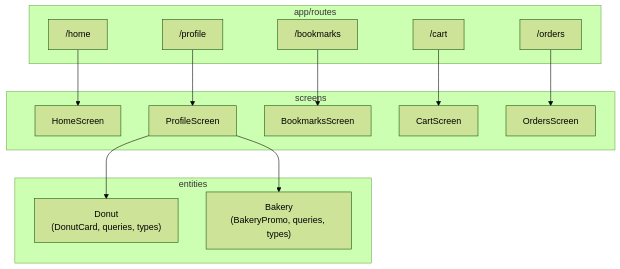
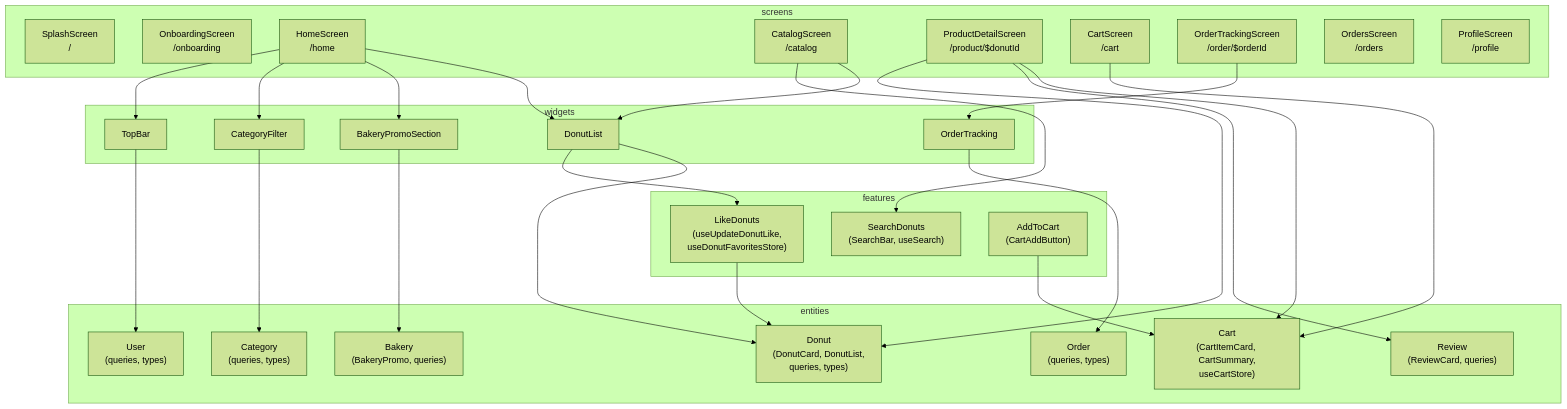
The diagram in docs/architecture-diagram.md (sultan99/lynx-on-ai-steroids), drawn with Mermaid (forest theme) before and after one commit.

Commit message:
📃docs(project): update architecture diagram

````diff
--- a/docs/architecture-diagram.md
+++ b/docs/architecture-diagram.md
@@ -6,32 +6,70 @@
 ```mermaid
 flowchart TD
-  subgraph Routes["app/routes"]
-    R_home["/home"]
-    R_profile["/profile"]
-    R_bookmarks["/bookmarks"]
-    R_cart["/cart"]
-    R_orders["/orders"]
+  subgraph Screens["screens"]
+    S_splash["SplashScreen<br/>/"]
+    S_onboarding["OnboardingScreen<br/>/onboarding"]
+    S_home["HomeScreen<br/>/home"]
+    S_catalog["CatalogScreen<br/>/catalog"]
+    S_product["ProductDetailScreen<br/>/product/$donutId"]
+    S_cart["CartScreen<br/>/cart"]
+    S_orderTracking["OrderTrackingScreen<br/>/order/$orderId"]
+    S_orders["OrdersScreen<br/>/orders"]
+    S_profile["ProfileScreen<br/>/profile"]
   end
 
-  subgraph Screens["screens"]
-    S_home["HomeScreen"]
-    S_profile["ProfileScreen"]
-    S_bookmarks["BookmarksScreen"]
-    S_cart["CartScreen"]
-    S_orders["OrdersScreen"]
+  subgraph Widgets["widgets"]
+    W_topBar["TopBar"]
+    W_categoryFilter["CategoryFilter"]
+    W_bakeryPromo["BakeryPromoSection"]
+    W_donutList["DonutList"]
+    W_orderTracking["OrderTracking"]
+  end
+
+  subgraph Features["features"]
+    F_searchDonuts["SearchDonuts<br/>(SearchBar, useSearch)"]
+    F_likeDonuts["LikeDonuts<br/>(useUpdateDonutLike,<br/>useDonutFavoritesStore)"]
+    F_addToCart["AddToCart<br/>(CartAddButton)"]
   end
 
   subgraph Entities["entities"]
-    E_donut["Donut<br/>(DonutCard, queries, types)"]
-    E_bakery["Bakery<br/>(BakeryPromo, queries, types)"]
+    E_donut["Donut<br/>(DonutCard, DonutList,<br/>queries, types)"]
+    E_cart["Cart<br/>(CartItemCard, CartSummary,<br/>useCartStore)"]
+    E_bakery["Bakery<br/>(BakeryPromo, queries)"]
+    E_category["Category<br/>(queries, types)"]
+    E_order["Order<br/>(queries, types)"]
+    E_review["Review<br/>(ReviewCard, queries)"]
+    E_user["User<br/>(queries, types)"]
   end
 
-  R_home --> S_home
-  R_profile --> S_profile
-  R_bookmarks --> S_bookmarks
-  R_cart --> S_cart
-  R_orders --> S_orders
+  %% Screen → Widget connections
+  S_home --> W_topBar
+  S_home --> W_categoryFilter
+  S_home --> W_bakeryPromo
+  S_home --> W_donutList
 
-  S_profile --> E_donut
-  S_profile --> E_bakery
+  S_catalog --> F_searchDonuts
+  S_catalog --> W_donutList
+
+  S_orderTracking --> W_orderTracking
+
+  %% Screen → Entity connections (direct)
+  S_product --> E_donut
+  S_product --> E_review
+  S_product --> E_cart
+
+  S_cart --> E_cart
+
+  %% Widget → Feature connections
+  W_donutList --> F_likeDonuts
+
+  %% Widget → Entity connections
+  W_topBar --> E_user
+  W_categoryFilter --> E_category
+  W_bakeryPromo --> E_bakery
+  W_donutList --> E_donut
+  W_orderTracking --> E_order
+
+  %% Feature → Entity connections
+  F_likeDonuts --> E_donut
+  F_addToCart --> E_cart
 ```
````
